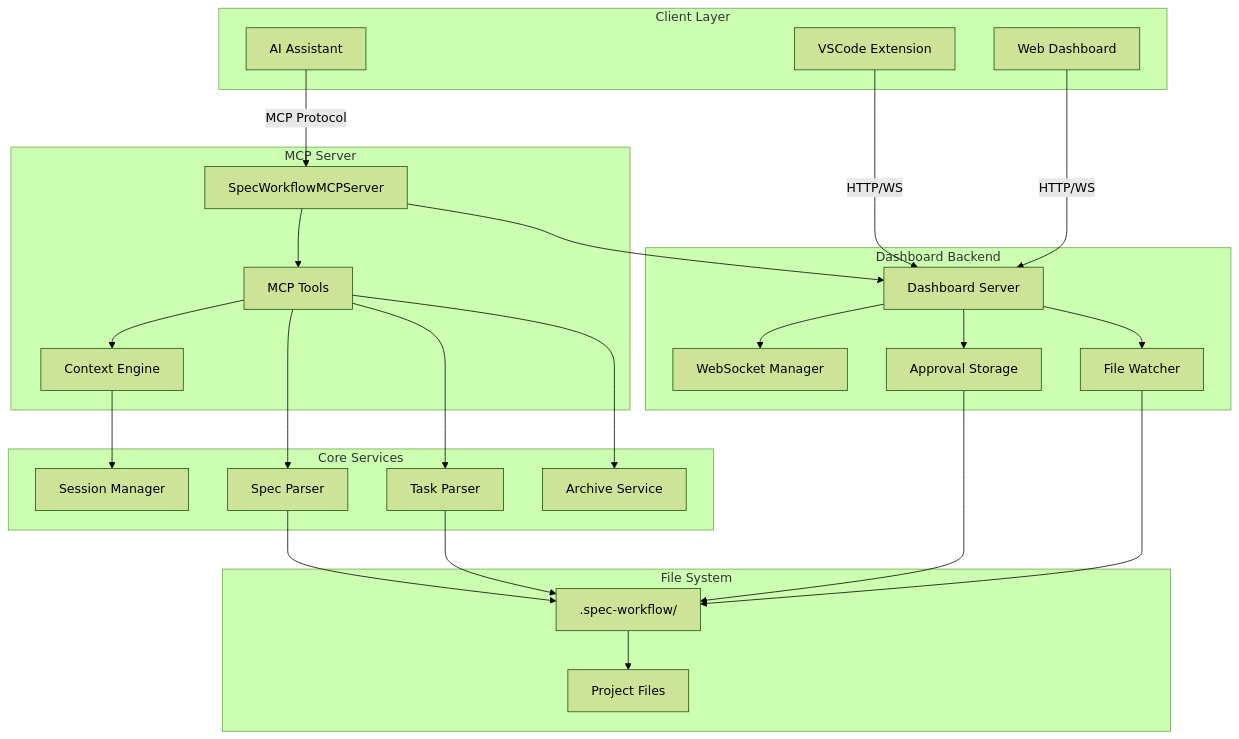
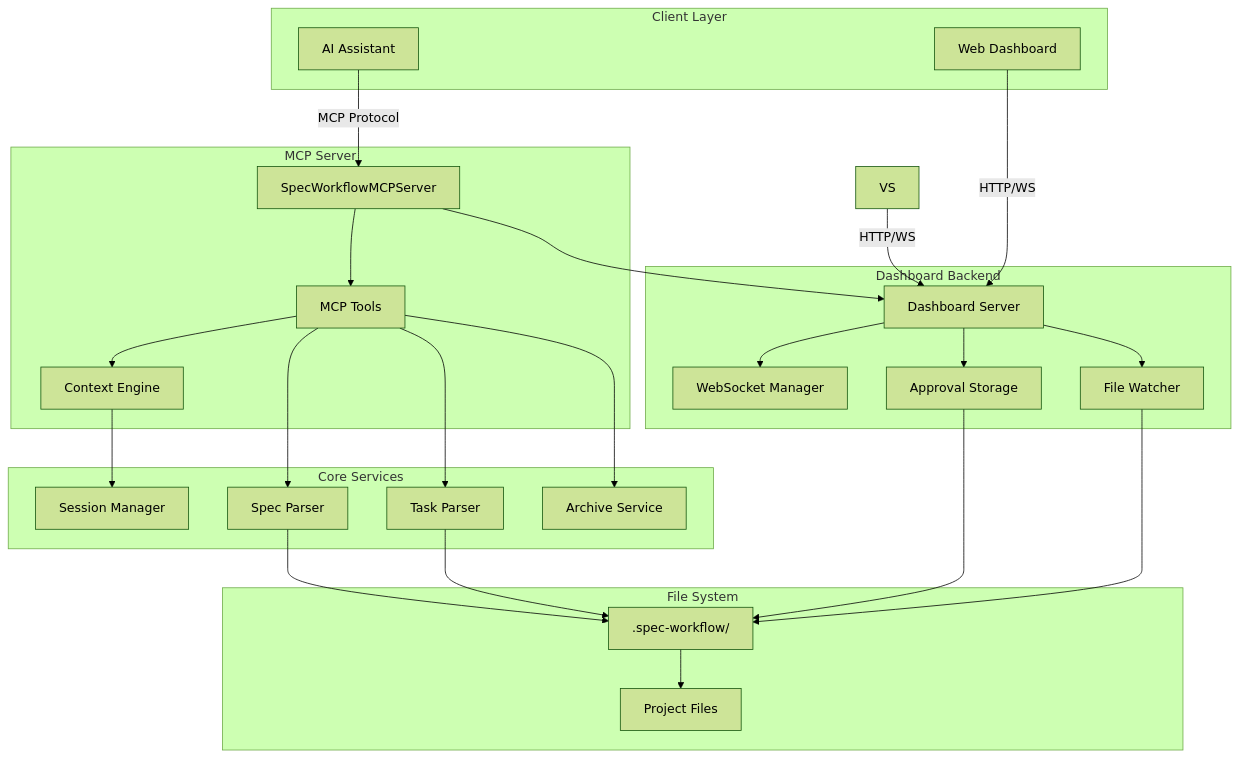
The first of 4 diagrams in docs/technical-documentation/architecture.md (arimakouyou/spec-workflow-mcp), drawn with Mermaid (forest theme) before and after one commit. The commit also changed 149 other files, not shown here.

````diff
--- a/docs/technical-documentation/architecture.md
+++ b/docs/technical-documentation/architecture.md
@@ -9,56 +9,55 @@
 ```mermaid
 graph TB
     subgraph "Client Layer"
         AI[AI Assistant]
-        VS[VSCode Extension] 
         WEB[Web Dashboard]
     end
     
     subgraph "MCP Server"
         SERVER[SpecWorkflowMCPServer]
         TOOLS[MCP Tools]
         CONTEXT[Context Engine]
     end
     
     subgraph "Core Services"
         SESSION[Session Manager]
         PARSER[Spec Parser]
         TASKS[Task Parser]
         ARCHIVE[Archive Service]
     end
     
     subgraph "Dashboard Backend"
         DASH[Dashboard Server]
         WS[WebSocket Manager]
         APPROVAL[Approval Storage]
         WATCHER[File Watcher]
     end
     
     subgraph "File System"
         FS[Project Files]
         WORKFLOW[.spec-workflow/]
     end
     
     AI -->|MCP Protocol| SERVER
     VS -->|HTTP/WS| DASH
     WEB -->|HTTP/WS| DASH
     
     SERVER --> TOOLS
     TOOLS --> CONTEXT
     CONTEXT --> SESSION
     
     SERVER --> DASH
     DASH --> WS
     DASH --> APPROVAL
     DASH --> WATCHER
     
     TOOLS --> PARSER
     TOOLS --> TASKS
     TOOLS --> ARCHIVE
     
     PARSER --> WORKFLOW
     TASKS --> WORKFLOW
     APPROVAL --> WORKFLOW
     WATCHER --> WORKFLOW
     WORKFLOW --> FS
 ```
````
